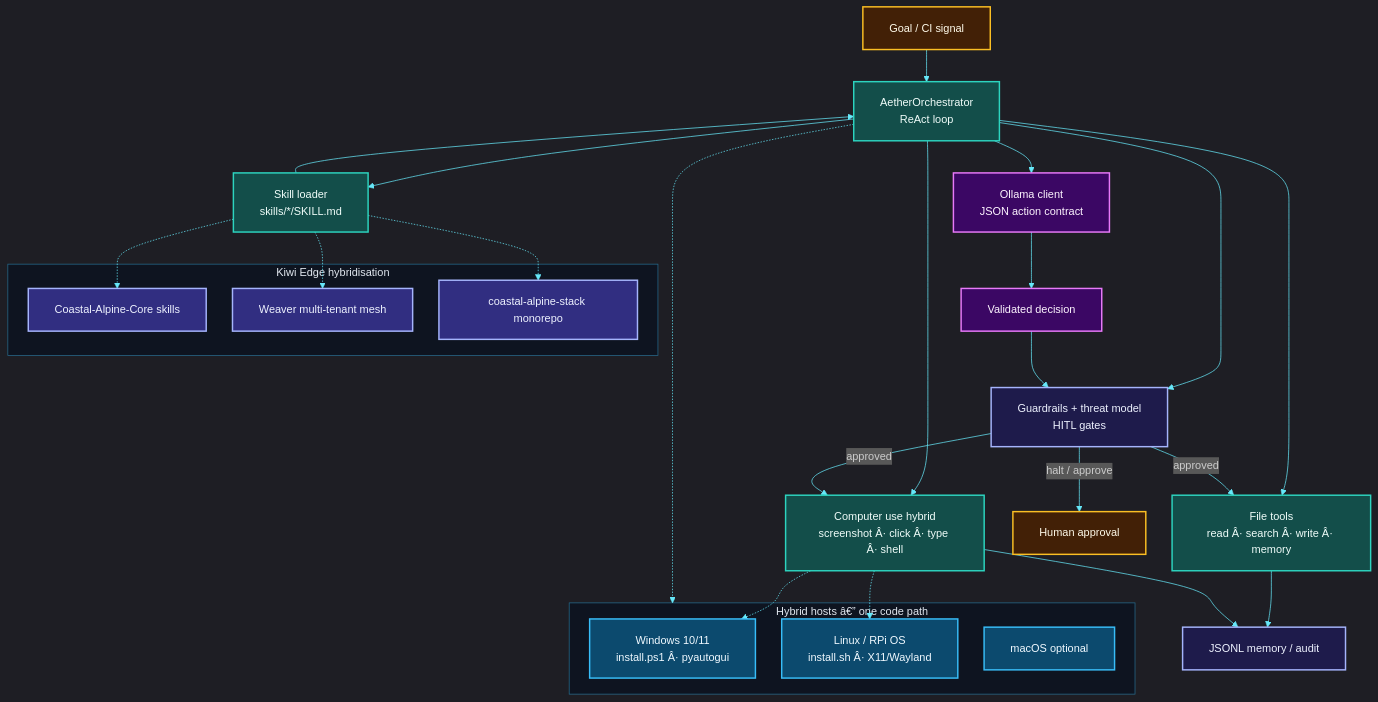
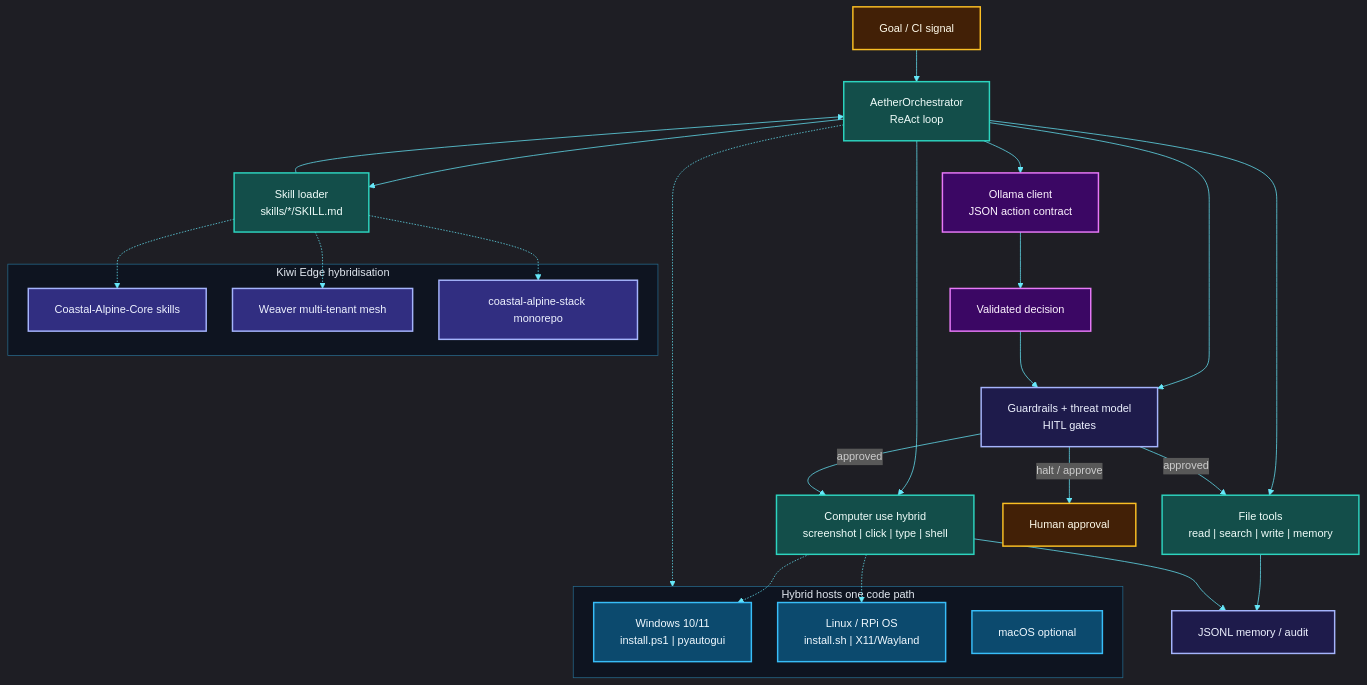
Before and after one commit to fivepanelhat/Aether: the diagram in README.md, drawn with Mermaid. The commit also changed other lines of this file and 9 other files, not shown here.

````diff
--- a/README.md
+++ b/README.md
@@ -60,73 +60,73 @@
 ```mermaid
 %%{init: {
   "theme": "dark",
   "themeVariables": {
     "fontSize": "15px",
     "fontFamily": "Inter, ui-sans-serif, system-ui, sans-serif",
     "primaryColor": "#0ea5e9",
     "primaryTextColor": "#f8fafc",
     "primaryBorderColor": "#38bdf8",
     "lineColor": "#67e8f9",
     "secondaryColor": "#1e293b",
     "tertiaryColor": "#0f172a",
     "clusterBkg": "#0b1220cc",
     "clusterBorder": "#38bdf880",
     "titleColor": "#e2e8f0"
   },
   "flowchart": {
     "nodeSpacing": 36,
     "rankSpacing": 44,
     "padding": 18,
     "htmlLabels": true,
     "curve": "basis",
     "useMaxWidth": true
   }
 }}%%
 flowchart TB
 
     classDef act fill:#422006,stroke:#fbbf24,stroke-width:2px,color:#fffbeb
     classDef core fill:#134e4a,stroke:#2dd4bf,stroke-width:2px,color:#f0fdfa
     classDef ai fill:#3b0764,stroke:#e879f9,stroke-width:2px,color:#fdf4ff
     classDef store fill:#1e1b4b,stroke:#a5b4fc,stroke-width:2px,color:#eef2ff
     classDef host fill:#0c4a6e,stroke:#38bdf8,stroke-width:2px,color:#f0f9ff
     classDef desk fill:#052e16,stroke:#4ade80,stroke-width:2px,color:#f0fdf4
     classDef stack fill:#312e81,stroke:#a5b4fc,stroke-width:2px,color:#eef2ff
 
     G["Goal / CI signal"] --> ORCH["AetherOrchestrator<br/>ReAct loop"]
     ORCH --> LLM["Ollama client<br/>JSON action contract"]
     ORCH --> SK["Skill loader<br/>skills/*/SKILL.md"]
-    ORCH --> TL["File tools<br/>read Â· search Â· write Â· memory"]
-    ORCH --> CU["Computer use hybrid<br/>screenshot Â· click Â· type Â· shell"]
+    ORCH --> TL["File tools<br/>read | search | write | memory"]
+    ORCH --> CU["Computer use hybrid<br/>screenshot | click | type | shell"]
     ORCH --> GR["Guardrails + threat model<br/>HITL gates"]
     LLM --> DEC["Validated decision"]
     DEC --> GR
-    GR -->|approved| TL
-    GR -->|approved| CU
-    GR -->|halt / approve| HITL["Human approval"]
+    GR --> | approved | TL
+    GR --> | approved | CU
+    GR --> | halt / approve | HITL["Human approval"]
     TL --> MEM["JSONL memory / audit"]
     CU --> MEM
     SK --> ORCH
 
-    subgraph HOSTS["Hybrid hosts â€” one code path"]
-        WIN["Windows 10/11<br/>install.ps1 Â· pyautogui"]
-        LIN["Linux / RPi OS<br/>install.sh Â· X11/Wayland"]
+    subgraph HOSTS["Hybrid hosts  one code path"]
+        WIN["Windows 10/11<br/>install.ps1 | pyautogui"]
+        LIN["Linux / RPi OS<br/>install.sh | X11/Wayland"]
         MAC["macOS optional"]
     end
 
     subgraph STACK["Kiwi Edge hybridisation"]
         CORE["Coastal-Alpine-Core skills"]
         WEA["Weaver multi-tenant mesh"]
         CAS["coastal-alpine-stack monorepo"]
     end
 
     ORCH -.-> HOSTS
     SK -.-> CORE & WEA & CAS
     CU -.-> WIN & LIN
 
     class G,HITL act
     class ORCH,SK,TL,CU core
     class LLM,DEC ai
     class GR,MEM store
     class WIN,LIN,MAC host
     class CORE,WEA,CAS stack
 ```
````
